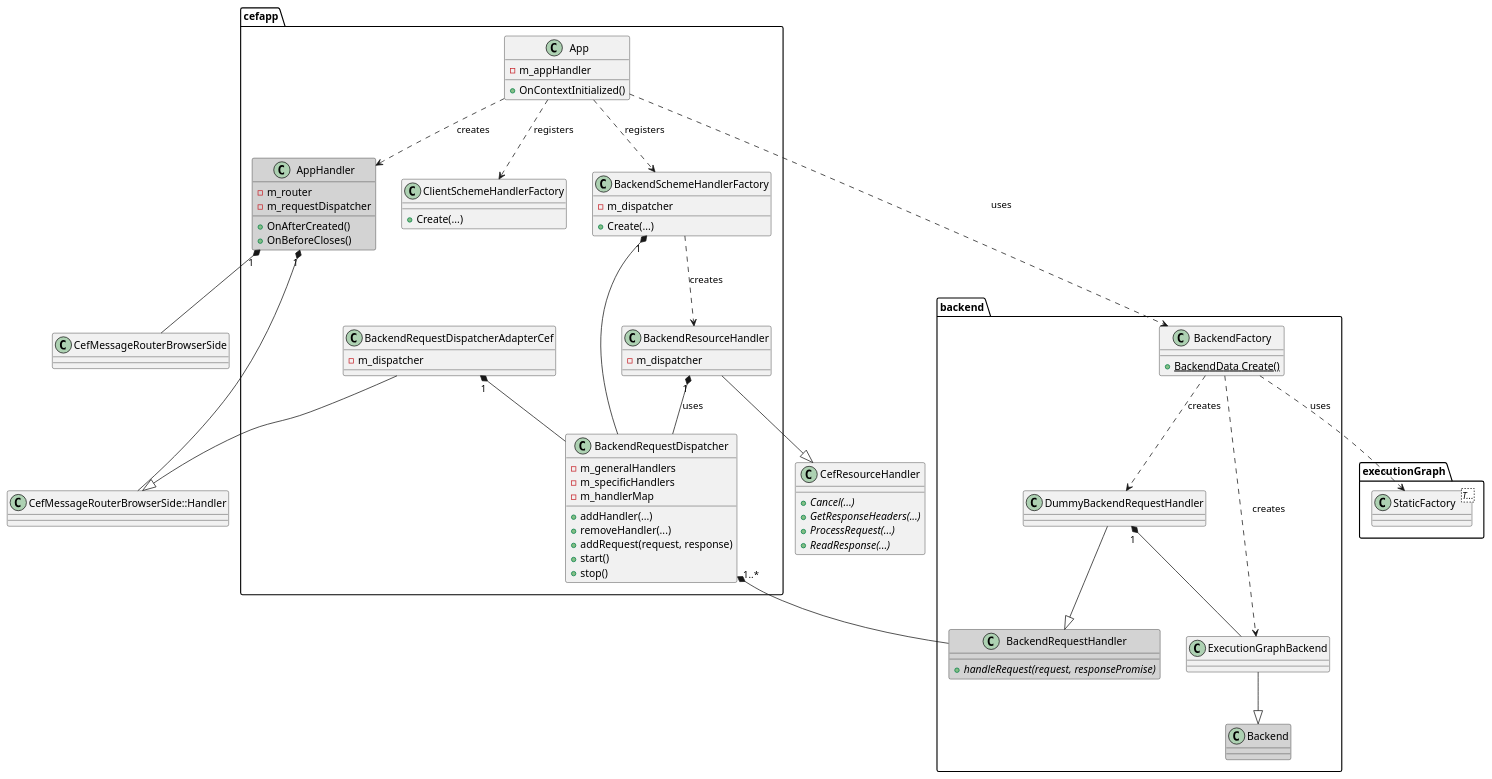
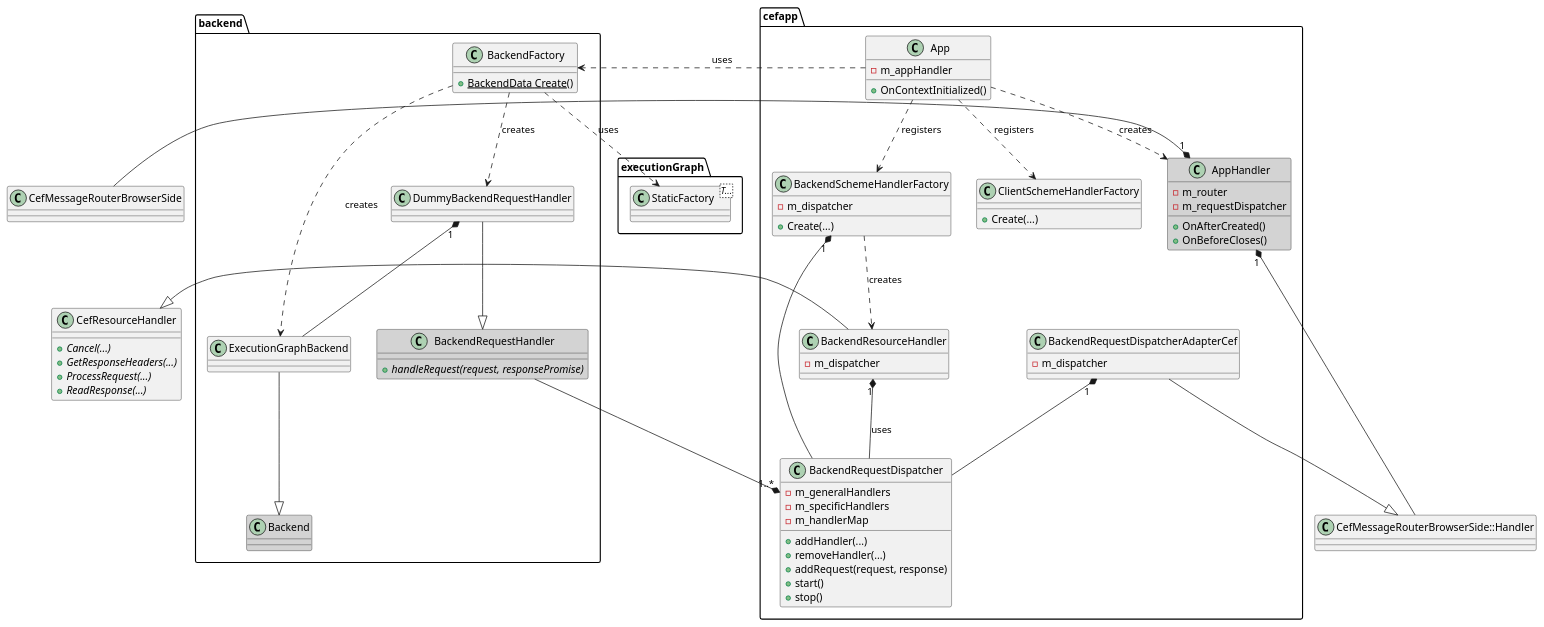
One commit to gabyx/ExecutionGraph changed the diagram in gui/specs/client-backend.plantuml. Above: the diagram before and after it, drawn with PlantUML. The commit also changed 1 other file, not shown here.

```diff
--- a/gui/specs/client-backend.plantuml
+++ b/gui/specs/client-backend.plantuml
@@ -2,95 +2,96 @@
 @startuml
 set namespaceSeparator ::
 skinparam shadowing false
 
 class CefMessageRouterBrowserSide
 class Handler as "CefMessageRouterBrowserSide::Handler"
 
 class CefResourceHandler {
     + Cancel(...) {abstract} 
     + GetResponseHeaders(...) {abstract} 
     + ProcessRequest(...) {abstract} 
     + ReadResponse(...) {abstract}
 }
 
 namespace cefapp{
     class App{
         + OnContextInitialized()
         - m_appHandler
     }
     class AppHandler #D3D3D3{
         + OnAfterCreated()
         + OnBeforeCloses()
         - m_router
         - m_requestDispatcher
     }
 
     class BackendRequestDispatcher {
         + addHandler(...)
         + removeHandler(...)
         + addRequest(request, response)
         + start()
         + stop()
         - m_generalHandlers
         - m_specificHandlers
         - m_handlerMap
     }
     class BackendRequestDispatcherAdapterCef {
         - m_dispatcher
     }
 
     class ClientSchemeHandlerFactory {
         + Create(...)
     }
     class BackendSchemeHandlerFactory {
         + Create(...)
         - m_dispatcher
     }
     class BackendResourceHandler {
         - m_dispatcher
     }
 }
 
 cefapp::App ..> cefapp::AppHandler : creates
 cefapp::App ..> cefapp::ClientSchemeHandlerFactory : registers
 cefapp::App ..> cefapp::BackendSchemeHandlerFactory : registers
+cefapp::App .right.> backend::BackendFactory : uses
+
 cefapp::BackendSchemeHandlerFactory ..> cefapp::BackendResourceHandler : creates
-cefapp::BackendResourceHandler --|> CefResourceHandler
 cefapp::BackendResourceHandler "1" *-- cefapp::BackendRequestDispatcher : uses
 
-cefapp::AppHandler "1" *-down- Handler
 cefapp::BackendRequestDispatcherAdapterCef "1" *-- cefapp::BackendRequestDispatcher
 cefapp::BackendRequestDispatcherAdapterCef -down-|> Handler
 cefapp::BackendSchemeHandlerFactory "1" *-- cefapp::BackendRequestDispatcher
-cefapp::BackendRequestDispatcher "1..*" *-- backend::BackendRequestHandler
-cefapp::AppHandler "1" *-- CefMessageRouterBrowserSide
+cefapp::BackendRequestDispatcher "1..*" *-up- backend::BackendRequestHandler
+
+cefapp::AppHandler "1" *-left- Handler
+cefapp::AppHandler "1" *-left- CefMessageRouterBrowserSide
+cefapp::BackendResourceHandler -left-|> CefResourceHandler
 
 namespace backend {
     class Backend #D3D3D3
     class BackendRequestHandler #D3D3D3 {
         + handleRequest(request, responsePromise) {abstract} 
     }
 
     class BackendFactory {
         + BackendData Create() {static}
     }
 
     class DummyBackendRequestHandler
 }
 
 namespace executionGraph {
     class StaticFactory<T...>
 }
 
-cefapp::App ..> backend::BackendFactory : uses
-
 backend::ExecutionGraphBackend --|> backend::Backend
 backend::DummyBackendRequestHandler --|> backend::BackendRequestHandler
 
 backend::BackendFactory ..> backend::ExecutionGraphBackend : creates
 backend::BackendFactory ..> backend::DummyBackendRequestHandler : creates
 
 backend::DummyBackendRequestHandler "1" *-- backend::ExecutionGraphBackend
 
 backend::BackendFactory ..> executionGraph::StaticFactory : uses
 @enduml
```
